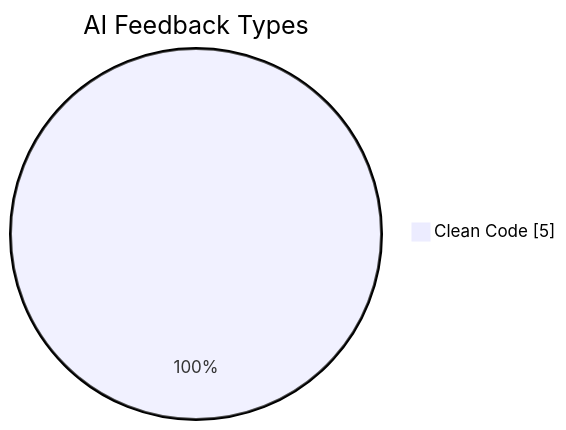
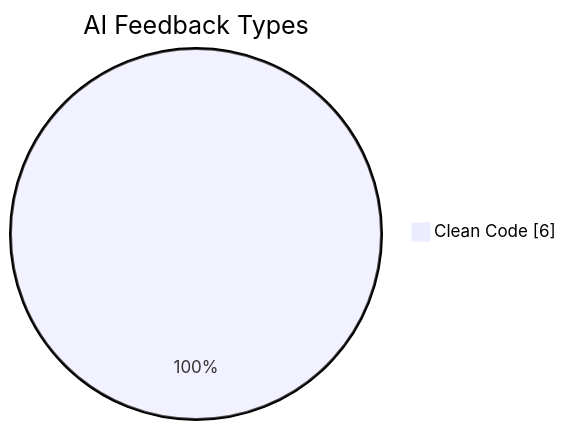
The fourth of 6 diagrams in README.md (JakubPawinski/gitcode-solutions), drawn with Mermaid before and after one commit. The commit also changed other lines of this file, not shown here.

````diff
--- a/README.md
+++ b/README.md
@@ -164,5 +164,5 @@
 ```mermaid
 pie showData
     title AI Feedback Types
-    "Clean Code" : 5
+    "Clean Code" : 6
 ```
````
